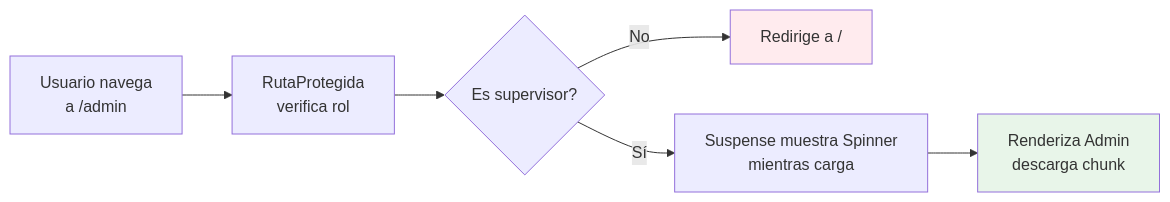
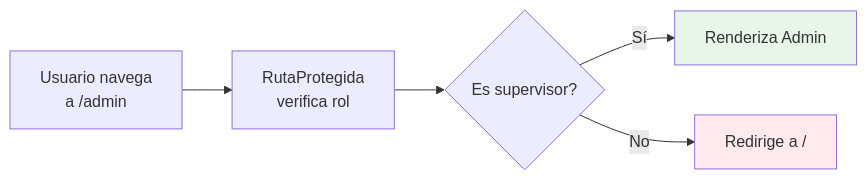
One commit to NICORUIZ93/The_Imperial_Book changed the second of 2 diagrams in web/public/content/react/modulo-5.md. Above: the diagram before and after it, drawn with Mermaid. The commit also changed other lines of this file and 41 other files, not shown here.

````diff
--- a/web/public/content/react/modulo-5.md
+++ b/web/public/content/react/modulo-5.md
@@ -262,18 +262,16 @@
 ```mermaid
 graph LR
     A["Usuario navega<br/>a /admin"]
     B["RutaProtegida<br/>verifica rol"]
     C{Es supervisor?}
-    D["Renderiza Admin<br/>descarga chunk"]
+    D["Renderiza Admin"]
     E["Redirige a /"]
-    F["Suspense muestra Spinner<br/>mientras carga"]
-    
+
     A --> B
     B --> C
-    C -->|Sí| F
-    F --> D
+    C -->|Sí| D
     C -->|No| E
-    
+
     style D fill:#e8f5e9
     style E fill:#ffebee
 ```
````
